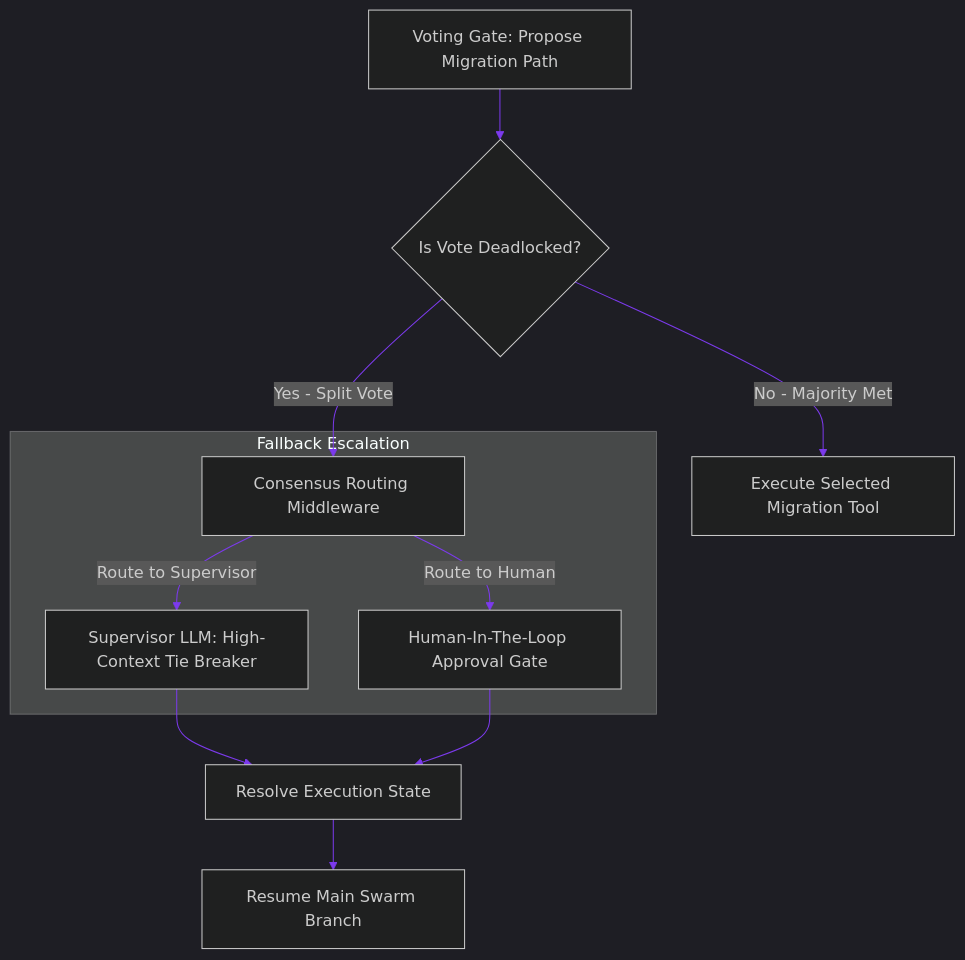
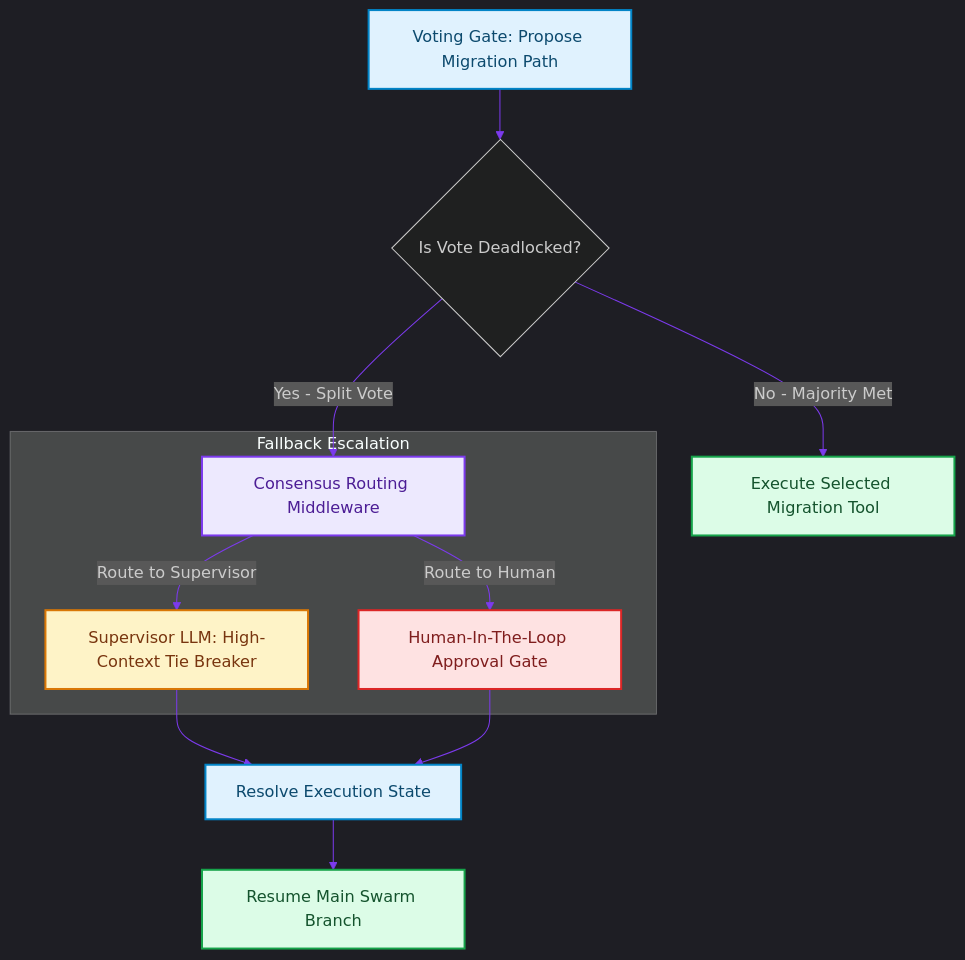
One commit to akmalkhaniub/akmalkhaniub.github.io changed the diagram in blog/posts/consensus-routers-deadlock-resolution-swarm-debates.md. Above: the diagram before and after it, drawn with Mermaid. The commit also changed other lines of this file and 1291 other files, not shown here.

First line of the commit message:
feat(catalog): unique covers, scholarly references, and diagram palettes

````diff
--- a/blog/posts/consensus-routers-deadlock-resolution-swarm-debates.md
+++ b/blog/posts/consensus-routers-deadlock-resolution-swarm-debates.md
@@ -16,17 +16,28 @@
 ```mermaid
 %%{init: {'theme': 'dark', 'themeVariables': { 'primaryColor': '#7c3aed', 'primaryTextColor': '#f3f4f6', 'primaryBorderColor': '#a78bfa', 'lineColor': '#7c3aed', 'secondaryColor': '#111827', 'tertiaryColor': '#0b0f19'}}}%%
 flowchart TD
-    Voting[Voting Gate: Propose Migration Path] --> Check{Is Vote Deadlocked?}
+    Voting["Voting Gate: Propose Migration Path"] --> Check{Is Vote Deadlocked?}
     
-    Check -->|No - Majority Met| Execute[Execute Selected Migration Tool]
-    Check -->|Yes - Split Vote| Router[Consensus Routing Middleware]
+    Check -->|No - Majority Met| Execute["Execute Selected Migration Tool"]
+    Check -->|Yes - Split Vote| Router["Consensus Routing Middleware"]
     
     subgraph SG1_FallbackEscalation ["Fallback Escalation"]
-        Router -->|Route to Supervisor| Sup[Supervisor LLM: High-Context Tie Breaker]
-        Router -->|Route to Human| HITL[Human-In-The-Loop Approval Gate]
+        Router -->|Route to Supervisor| Sup["Supervisor LLM: High-Context Tie Breaker"]
+        Router -->|Route to Human| HITL["Human-In-The-Loop Approval Gate"]
     end
     
-    Sup --> Resolve[Resolve Execution State]
+    Sup --> Resolve["Resolve Execution State"]
     HITL --> Resolve
-    Resolve --> Resume[Resume Main Swarm Branch]
+    Resolve --> Resume["Resume Main Swarm Branch"]
+
+classDef green fill:#dcfce7,stroke:#16a34a,stroke-width:2px,color:#14532d;
+classDef red fill:#fee2e2,stroke:#dc2626,stroke-width:2px,color:#7f1d1d;
+classDef blue fill:#e0f2fe,stroke:#0284c7,stroke-width:2px,color:#0c4a6e;
+classDef yellow fill:#fef3c7,stroke:#d97706,stroke-width:2px,color:#78350f;
+classDef purple fill:#ede9fe,stroke:#7c3aed,stroke-width:2px,color:#4c1d95;
+class Voting,Resolve blue
+class Execute,Resume green
+class Router purple
+class Sup yellow
+class HITL red
 ```
````
